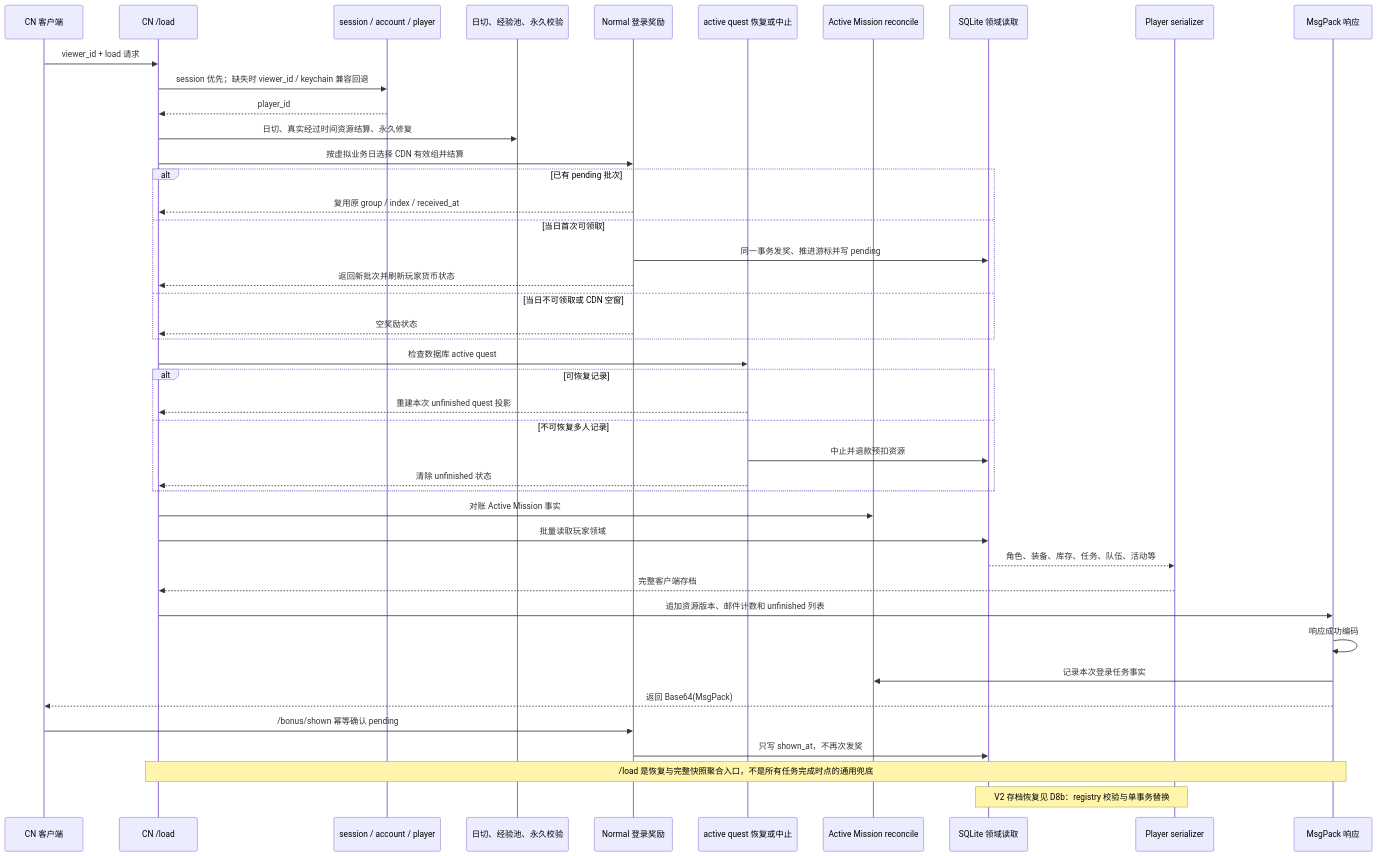
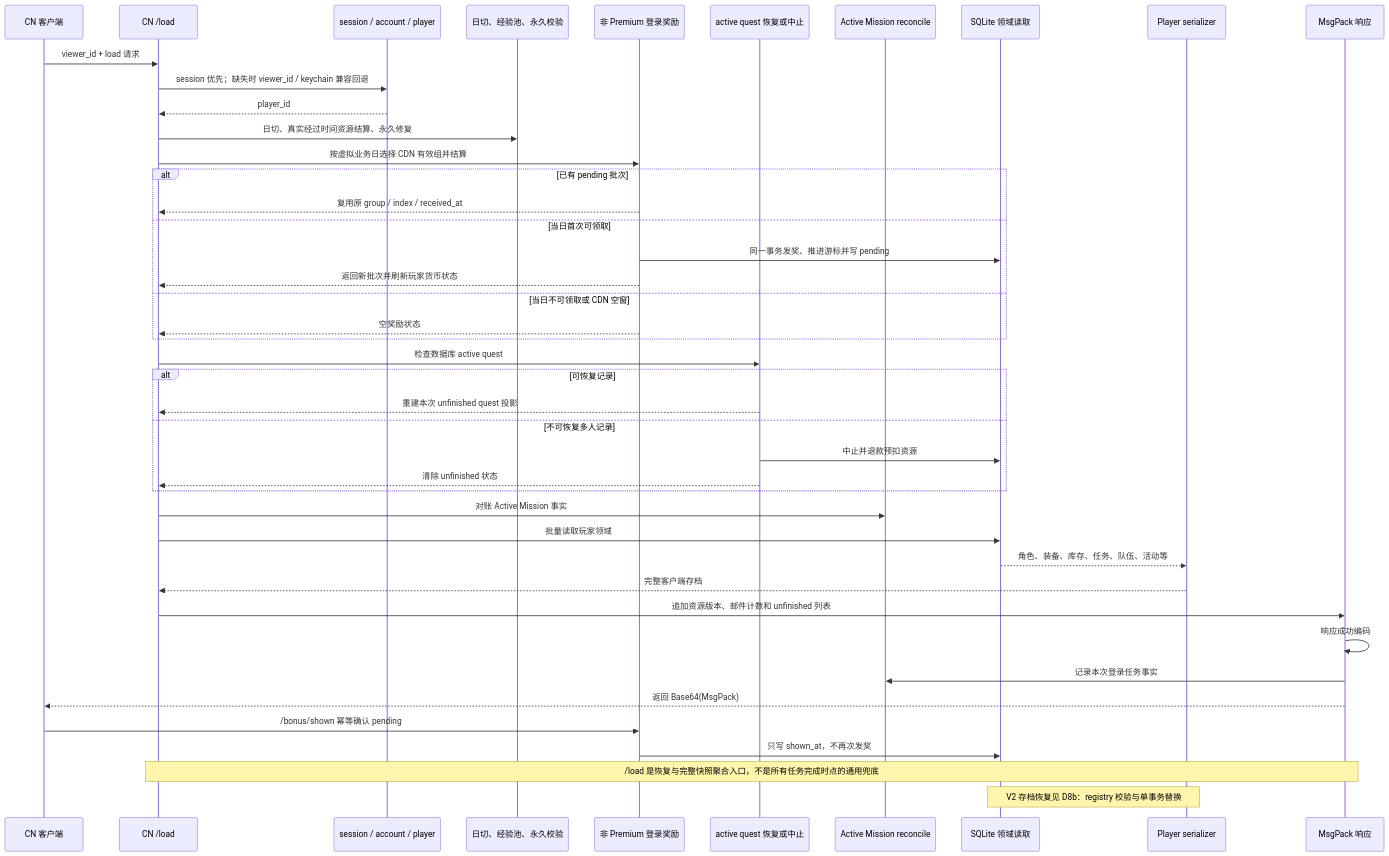
The third of 4 diagrams in docs/architecture/identity-time-and-load.md (DontBeAlarmed/startpoint-cn), drawn with Mermaid before and after one commit. The commit also changed other lines of this file and 35 other files, not shown here.

Commit message:
feat: complete non-premium login bonus types

````diff
--- a/docs/architecture/identity-time-and-load.md
+++ b/docs/architecture/identity-time-and-load.md
@@ -96,46 +96,46 @@
 ```mermaid
 sequenceDiagram
     participant C as CN 客户端
     participant L as CN /load
     participant ID as session / account / player
     participant PRE as 日切、经验池、永久校验
-    participant BONUS as Normal 登录奖励
+    participant BONUS as 非 Premium 登录奖励
     participant AQ as active quest 恢复或中止
     participant AM as Active Mission reconcile
     participant DB as SQLite 领域读取
     participant SER as Player serializer
     participant R as MsgPack 响应
 
     C->>L: viewer_id + load 请求
     L->>ID: session 优先；缺失时 viewer_id / keychain 兼容回退
     ID-->>L: player_id
     L->>PRE: 日切、真实经过时间资源结算、永久修复
     L->>BONUS: 按虚拟业务日选择 CDN 有效组并结算
     alt 已有 pending 批次
         BONUS-->>L: 复用原 group / index / received_at
     else 当日首次可领取
         BONUS->>DB: 同一事务发奖、推进游标并写 pending
         BONUS-->>L: 返回新批次并刷新玩家货币状态
     else 当日不可领取或 CDN 空窗
         BONUS-->>L: 空奖励状态
     end
     L->>AQ: 检查数据库 active quest
     alt 可恢复记录
         AQ-->>L: 重建本次 unfinished quest 投影
     else 不可恢复多人记录
         AQ->>DB: 中止并退款预扣资源
         AQ-->>L: 清除 unfinished 状态
     end
     L->>AM: 对账 Active Mission 事实
     L->>DB: 批量读取玩家领域
     DB-->>SER: 角色、装备、库存、任务、队伍、活动等
     SER-->>L: 完整客户端存档
     L->>R: 追加资源版本、邮件计数和 unfinished 列表
     R->>R: 响应成功编码
     R->>AM: 记录本次登录任务事实
     R-->>C: 返回 Base64(MsgPack)
     C->>BONUS: /bonus/shown 幂等确认 pending
     BONUS->>DB: 只写 shown_at，不再次发奖
     Note over L,R: /load 是恢复与完整快照聚合入口，不是所有任务完成时点的通用兜底
     Note over DB,SER: V2 存档恢复见 D8b：registry 校验与单事务替换
 ```
````
